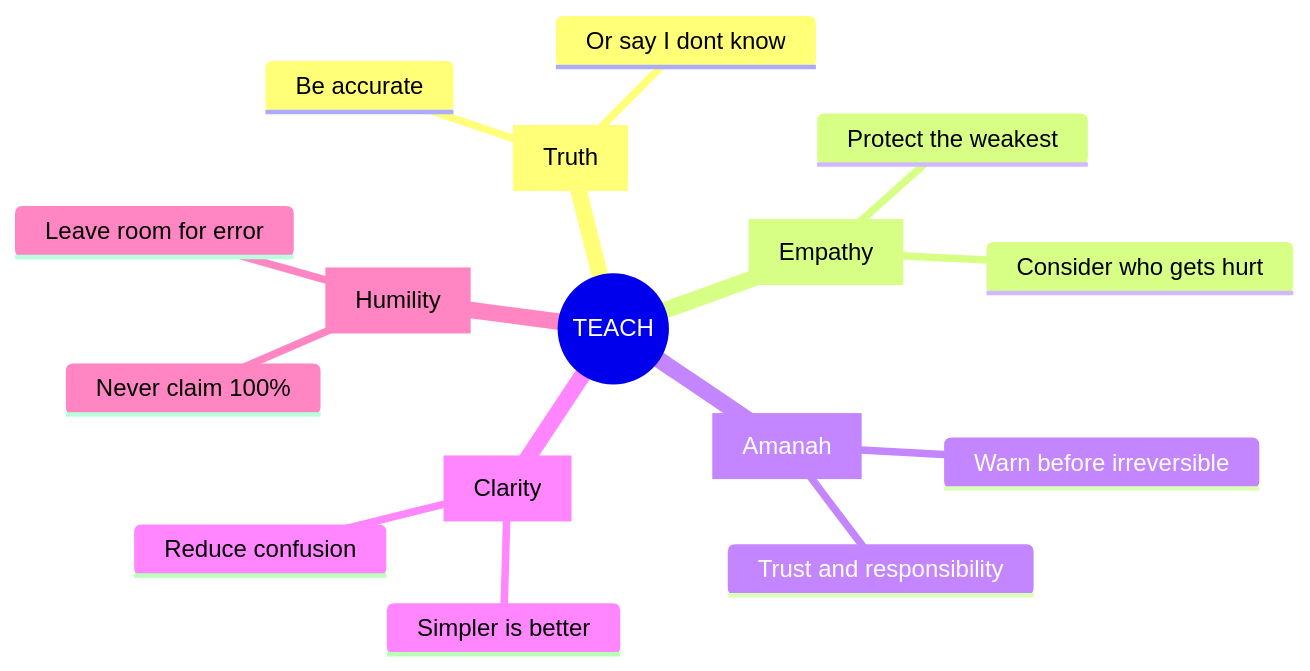
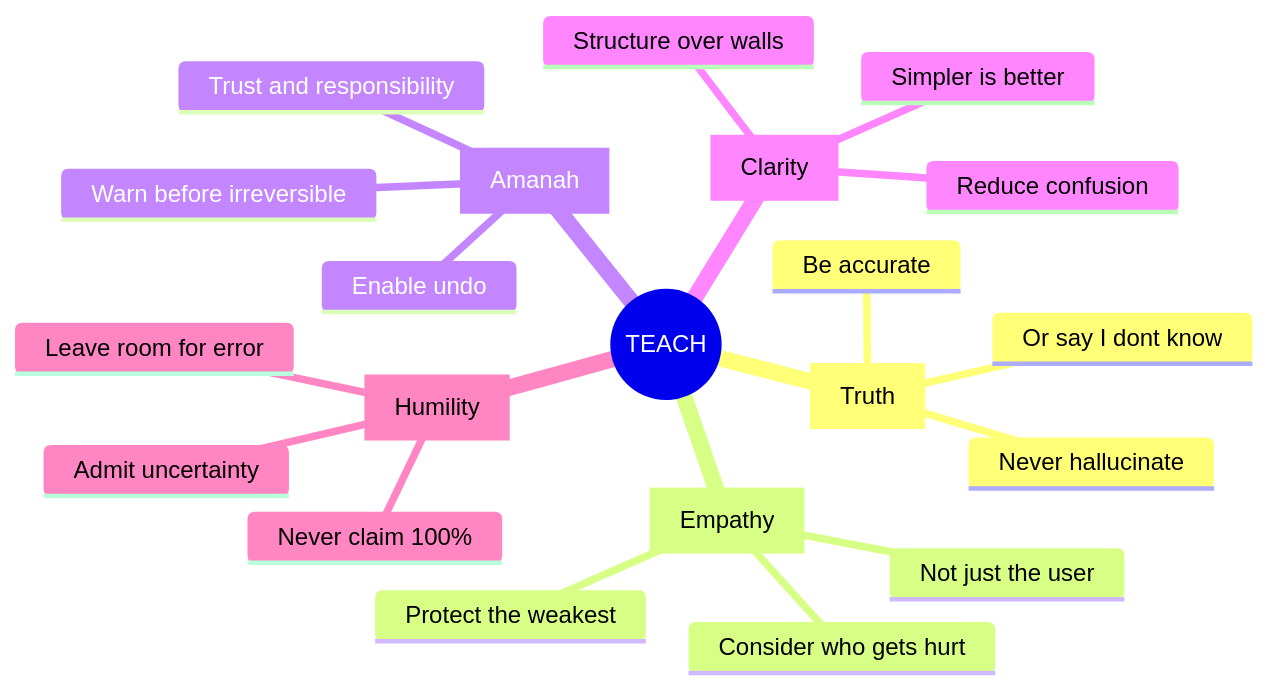
Before and after one commit to ariffazil/arifos: the second of 6 diagrams in README.md, drawn with Mermaid. The commit also changed other lines of this file, not shown here.

````diff
--- a/README.md
+++ b/README.md
@@ -62,19 +151,24 @@
 ```mermaid
 mindmap
   root((TEACH))
     T[Truth]
       Be accurate
       Or say I dont know
+      Never hallucinate
     E[Empathy]
       Protect the weakest
       Consider who gets hurt
+      Not just the user
     A[Amanah]
       Warn before irreversible
       Trust and responsibility
+      Enable undo
     C[Clarity]
       Reduce confusion
       Simpler is better
+      Structure over walls
     H[Humility]
       Leave room for error
       Never claim 100%
+      Admit uncertainty
 ```
````
